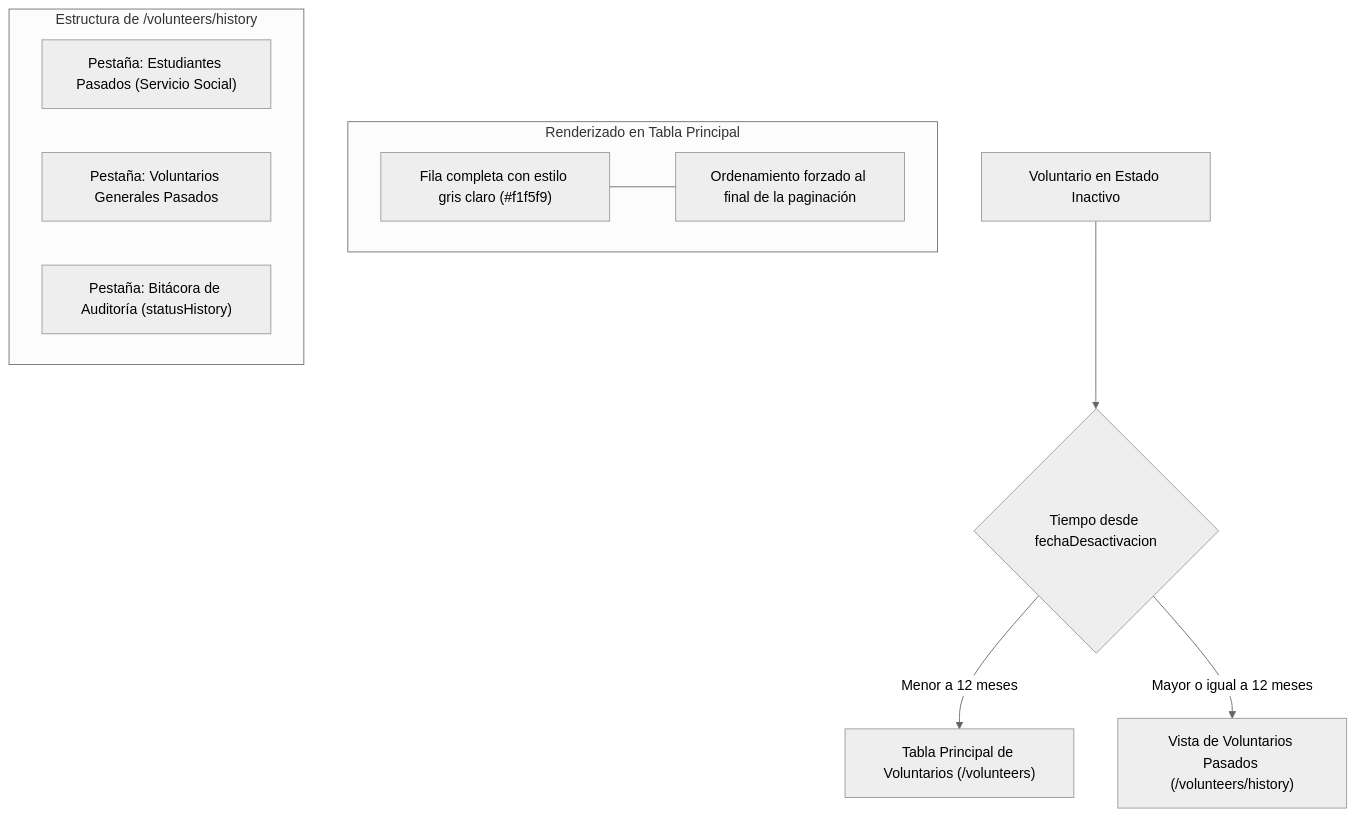
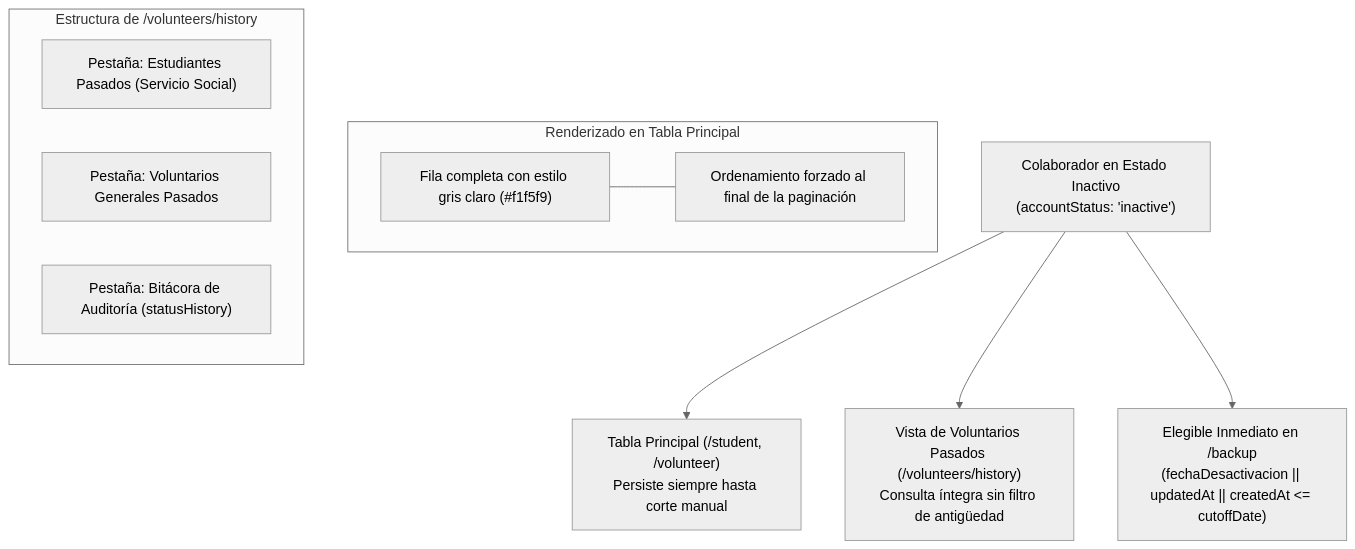
Before and after one commit to proyecto-web-abaq/documentation: the third of 14 diagrams in docs/technical/ciclo-vida-voluntarios-deshidratacion-design.md, drawn with Mermaid (neutral theme). The commit also changed other lines of this file and 4 other files, not shown here.

Commit message:
docs(technical): document dynamic backup registry, 4-step cutoff flow, and immediate inactive eligibility without background cron

````diff
--- a/docs/technical/ciclo-vida-voluntarios-deshidratacion-design.md
+++ b/docs/technical/ciclo-vida-voluntarios-deshidratacion-design.md
@@ -135,18 +130,18 @@
 ```mermaid
 flowchart TD
-    V["Voluntario en Estado Inactivo"] --> D{"Tiempo desde fechaDesactivacion"}
-    D -->|Menor a 12 meses| T1["Tabla Principal de Voluntarios (/volunteers)"]
-    D -->|Mayor o igual a 12 meses| T2["Vista de Voluntarios Pasados (/volunteers/history)"]
+    V["Colaborador en Estado Inactivo\n(accountStatus: 'inactive')"] --> T1["Tabla Principal (/student, /volunteer)\nPersiste siempre hasta corte manual"]
+    V --> T2["Vista de Voluntarios Pasados (/volunteers/history)\nConsulta íntegra sin filtro de antigüedad"]
+    V --> T3["Elegible Inmediato en /backup\n(fechaDesactivacion || updatedAt || createdAt <= cutoffDate)"]
     
     subgraph T1_Style ["Renderizado en Tabla Principal"]
         T1A["Fila completa con estilo gris claro (#f1f5f9)"]
         T1B["Ordenamiento forzado al final de la paginación"]
         T1A --- T1B
     end
     
     subgraph T2_View ["Estructura de /volunteers/history"]
         TAB1["Pestaña: Estudiantes Pasados (Servicio Social)"]
         TAB2["Pestaña: Voluntarios Generales Pasados"]
         TAB3["Pestaña: Bitácora de Auditoría (statusHistory)"]
     end
 ```
````
